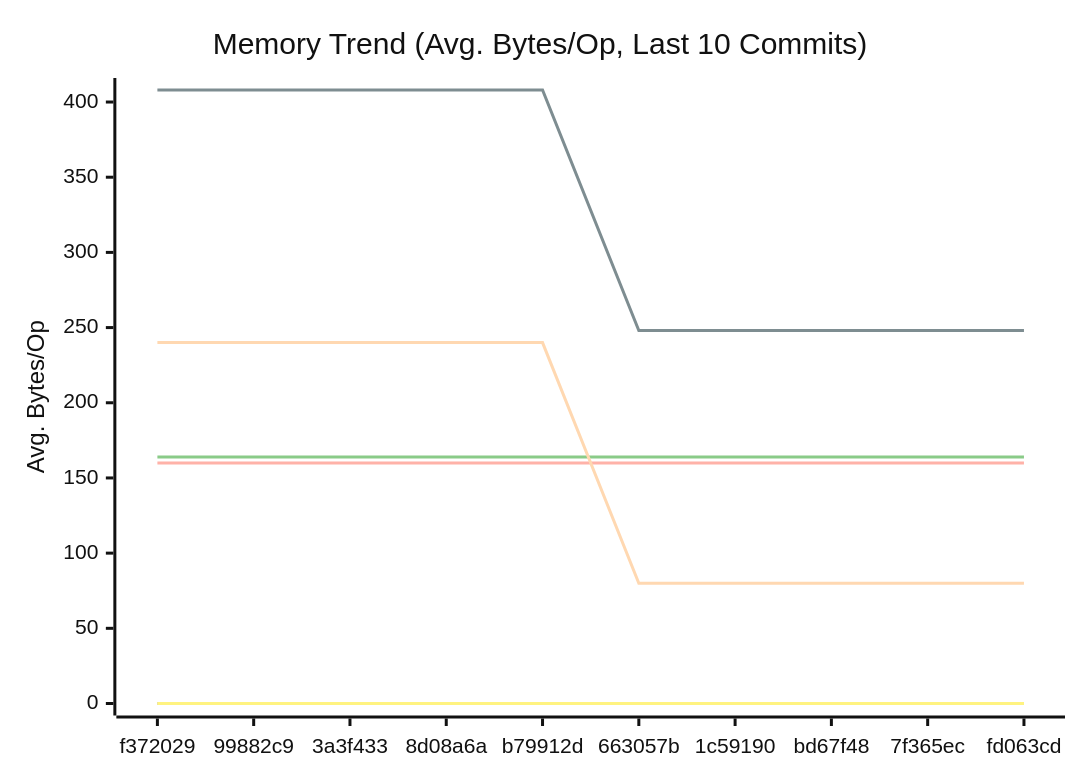
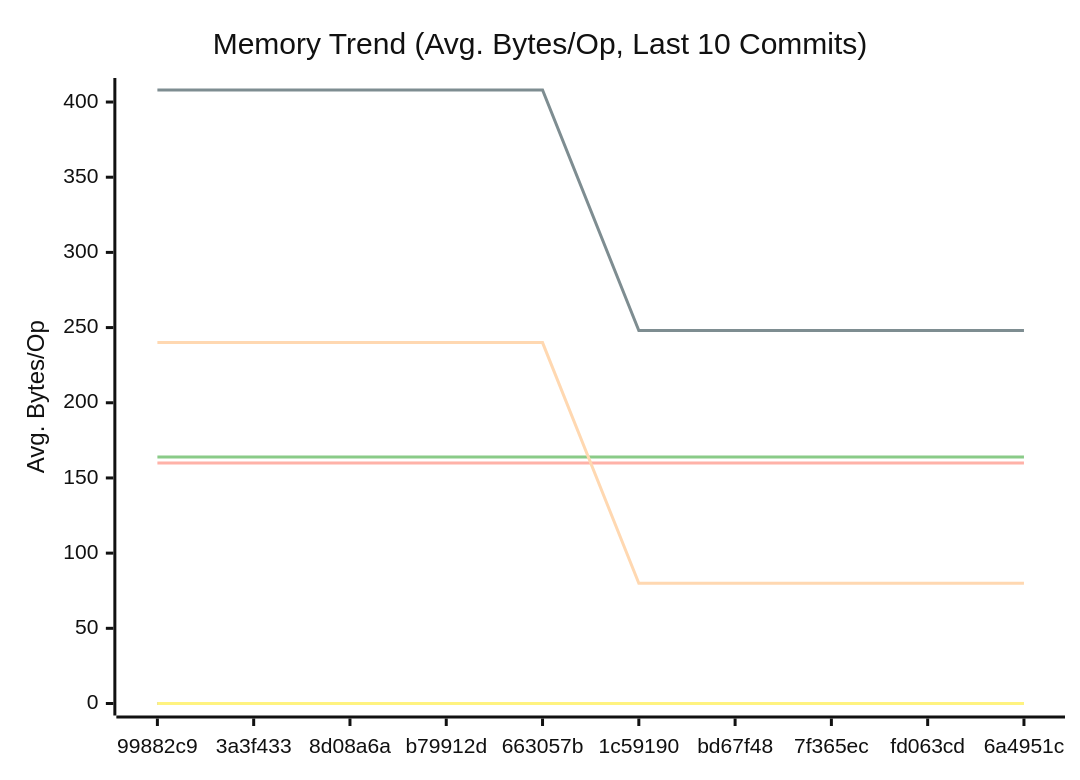
The second of 3 diagrams in docs/PERFORMANCE.md (alsotoes/momo), drawn with Mermaid (neutral theme) before and after one commit. The commit also changed other lines of this file and 16 other files, not shown here.

````diff
--- a/docs/PERFORMANCE.md
+++ b/docs/PERFORMANCE.md
@@ -97,16 +97,16 @@
 ```mermaid
 xychart-beta
     title "Memory Trend (Avg. Bytes/Op, Last 10 Commits)"
     x-axis "Commit"
     y-axis "Avg. Bytes/Op"
-    x-axis [f372029,99882c9,3a3f433,8d08a6a,b79912d,663057b,1c59190,bd67f48,7f365ec,fd063cd]
+    x-axis [99882c9,3a3f433,8d08a6a,b79912d,663057b,1c59190,bd67f48,7f365ec,fd063cd,6a4951c]
     line "CheckMetricsAndSwap" [0,0,0,0,0,0,0,0,0,0]
     line "CrushOptimized" [0,0,0,0,0,0,0,0,0,0]
     line "CrushOriginal" [164,164,164,164,164,164,164,164,164,164]
     line "IndexDirectTracking" [0,0,0,0,0,0,0,0,0,0]
     line "IndexSearch" [0,0,0,0,0,0,0,0,0,0]
     line "LoadGlobalConfig" [160,160,160,160,160,160,160,160,160,160]
     line "PadString" [0,0,0,0,0,0,0,0,0,0]
     line "ParseReplicationOrder_NoPrealloc" [408,408,408,408,408,248,248,248,248,248]
     line "ParseReplicationOrder_Prealloc" [240,240,240,240,240,80,80,80,80,80]
 ```
````
